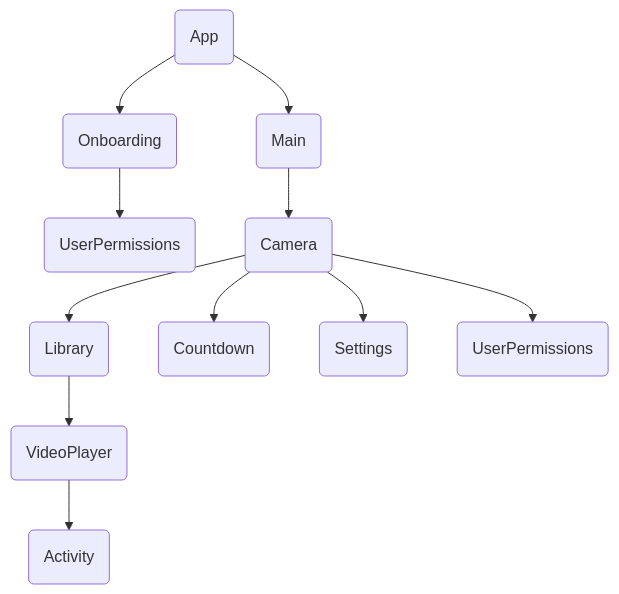
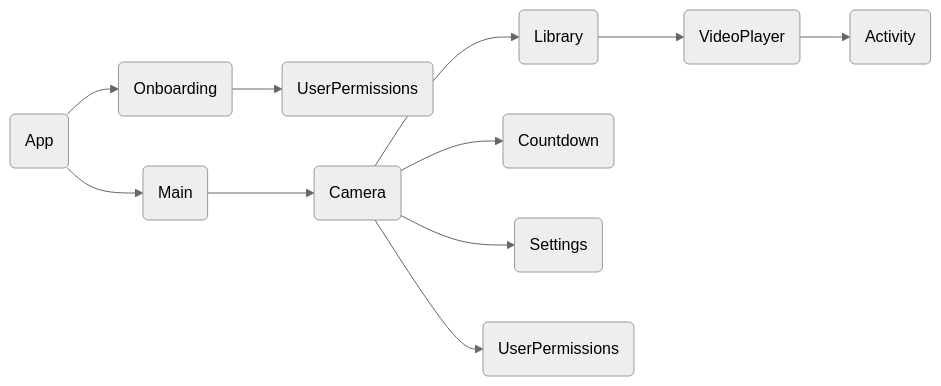
Before and after one commit to kodydeda4/swift-camera-app: the first of 2 diagrams in README.md, drawn with Mermaid. The commit also changed other lines of this file, not shown here.

````diff
--- a/README.md
+++ b/README.md
@@ -35,15 +35,16 @@
 ```mermaid
-flowchart TD
+%%{init: {'theme': 'neutral' } }%%
+flowchart LR
     A(App) --> C(Onboarding)
     A(App) -->B(Main)
     C --> D(UserPermissions)
     B --> E(Camera)
 
     E --> F(Library)
     F --> G(VideoPlayer)
     G --> H(Activity)
 
     E --> I(Countdown)
     E --> J(Settings)
     E --> K(UserPermissions)
 ```
````
